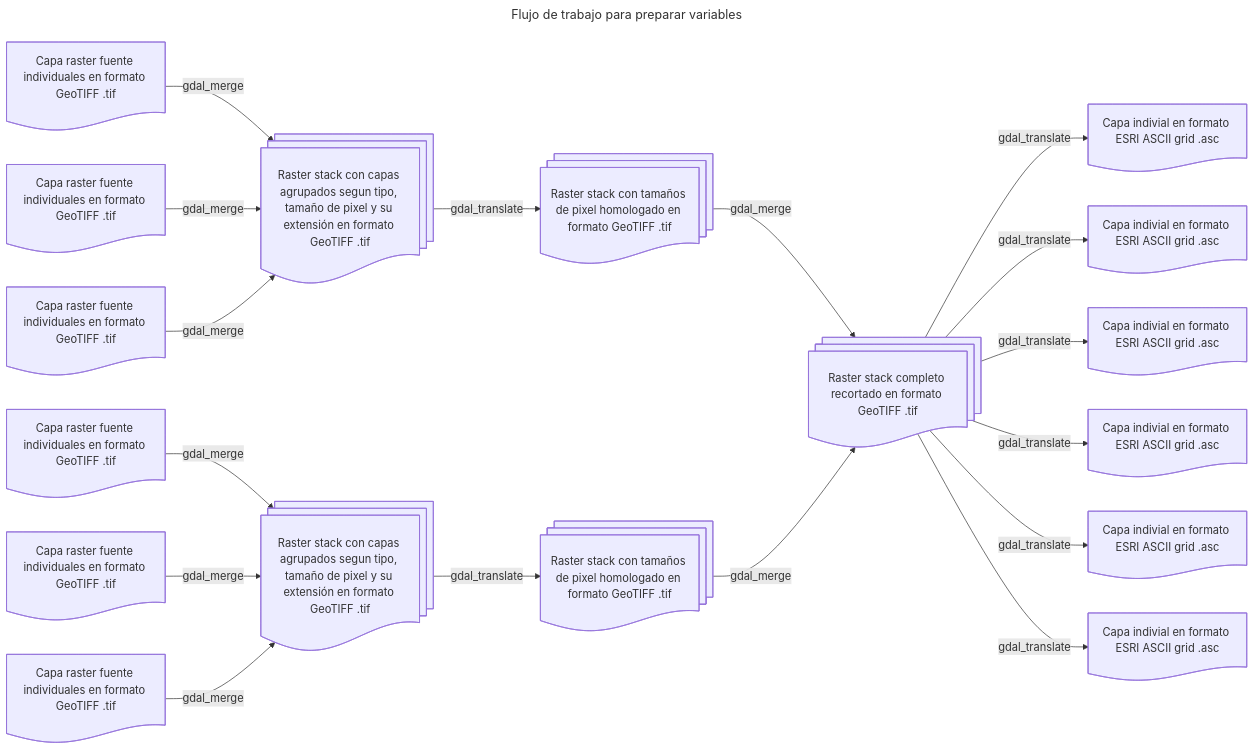
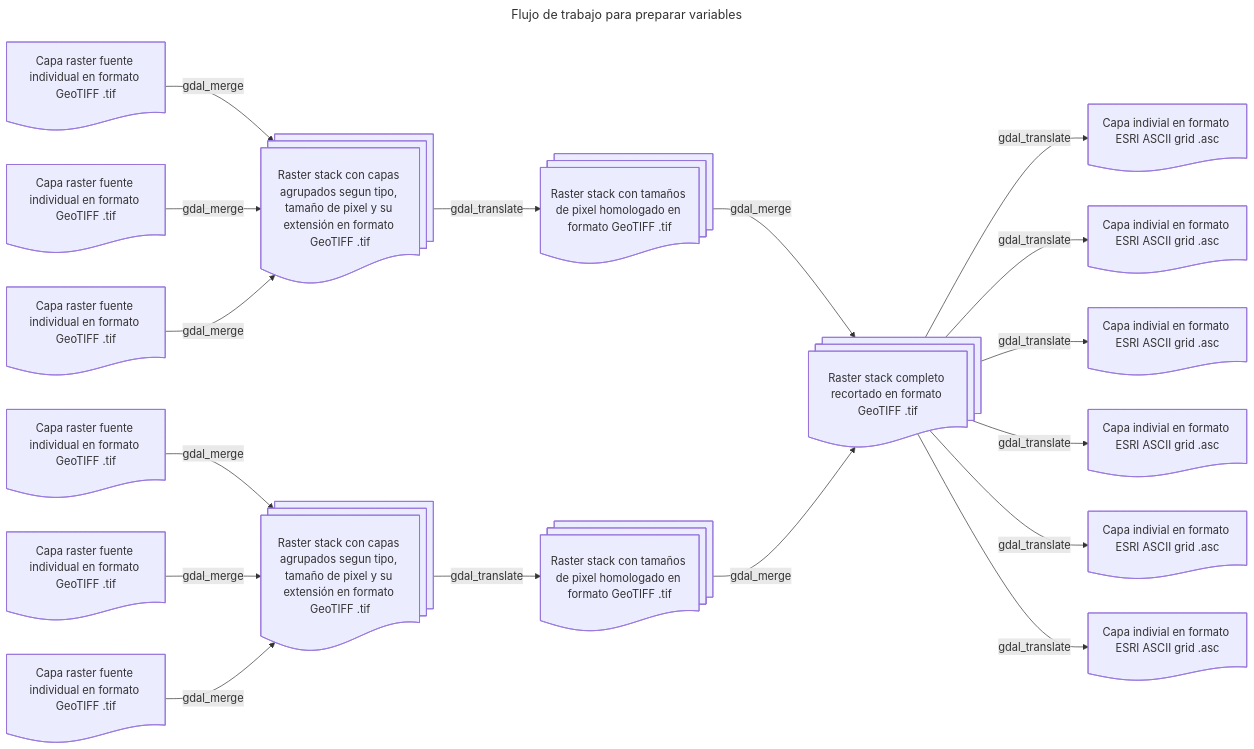
The diagram in 2025_variables/variable_workflow.mermaid (vshalisko/SDM), drawn with Mermaid before and after one commit.

```diff
--- a/2025_variables/variable_workflow.mermaid
+++ b/2025_variables/variable_workflow.mermaid
@@ -1,37 +1,37 @@
 ---
 title: Flujo de trabajo para preparar variables
 ---
 flowchart LR
-  raster_fuente1@{shape: doc, label: "Capa raster fuente individuales en formato GeoTIFF .tif"}
-  raster_fuente2@{shape: doc, label: "Capa raster fuente individuales en formato GeoTIFF .tif"}
-  raster_fuente3@{shape: doc, label: "Capa raster fuente individuales en formato GeoTIFF .tif"}
-  raster_fuente4@{shape: doc, label: "Capa raster fuente individuales en formato GeoTIFF .tif"}
-  raster_fuente5@{shape: doc, label: "Capa raster fuente individuales en formato GeoTIFF .tif"}
-  raster_fuente6@{shape: doc, label: "Capa raster fuente individuales en formato GeoTIFF .tif"}
+  raster_fuente1@{shape: doc, label: "Capa raster fuente individual en formato GeoTIFF .tif"}
+  raster_fuente2@{shape: doc, label: "Capa raster fuente individual en formato GeoTIFF .tif"}
+  raster_fuente3@{shape: doc, label: "Capa raster fuente individual en formato GeoTIFF .tif"}
+  raster_fuente4@{shape: doc, label: "Capa raster fuente individual en formato GeoTIFF .tif"}
+  raster_fuente5@{shape: doc, label: "Capa raster fuente individual en formato GeoTIFF .tif"}
+  raster_fuente6@{shape: doc, label: "Capa raster fuente individual en formato GeoTIFF .tif"}
   stack_por_tipo1@{shape: docs, label: "Raster stack con capas agrupados segun tipo, tamaño de pixel y su extensión en formato GeoTIFF .tif"}
   stack_por_tipo2@{shape: docs, label: "Raster stack con capas agrupados segun tipo, tamaño de pixel y su extensión en formato GeoTIFF .tif"}
   stack_homologado1@{shape: docs, label: "Raster stack con tamaños de pixel homologado en formato GeoTIFF .tif"}
   stack_homologado2@{shape: docs, label: "Raster stack con tamaños de pixel homologado en formato GeoTIFF .tif"}
   stack_completo@{shape: docs, label: "Raster stack completo recortado en formato GeoTIFF .tif"}
   asc1@{shape: doc, label: "Capa indivial en formato ESRI ASCII grid .asc"}
   asc2@{shape: doc, label: "Capa indivial en formato ESRI ASCII grid .asc"}
   asc3@{shape: doc, label: "Capa indivial en formato ESRI ASCII grid .asc"}
   asc4@{shape: doc, label: "Capa indivial en formato ESRI ASCII grid .asc"}
   asc5@{shape: doc, label: "Capa indivial en formato ESRI ASCII grid .asc"}
   asc6@{shape: doc, label: "Capa indivial en formato ESRI ASCII grid .asc"}
   raster_fuente1 --gdal_merge--> stack_por_tipo1 
   raster_fuente2 --gdal_merge--> stack_por_tipo1 
   raster_fuente3 --gdal_merge--> stack_por_tipo1 
   raster_fuente4 --gdal_merge--> stack_por_tipo2 
   raster_fuente5 --gdal_merge--> stack_por_tipo2 
   raster_fuente6 --gdal_merge--> stack_por_tipo2 
   stack_por_tipo1 --gdal_translate--> stack_homologado1
   stack_por_tipo2 --gdal_translate--> stack_homologado2
   stack_homologado1 --gdal_merge--> stack_completo
   stack_homologado2 --gdal_merge--> stack_completo
   stack_completo --gdal_translate--> asc1 
   stack_completo --gdal_translate--> asc2 
   stack_completo --gdal_translate--> asc3 
   stack_completo --gdal_translate--> asc4 
   stack_completo --gdal_translate--> asc5 
   stack_completo --gdal_translate--> asc6 
```
